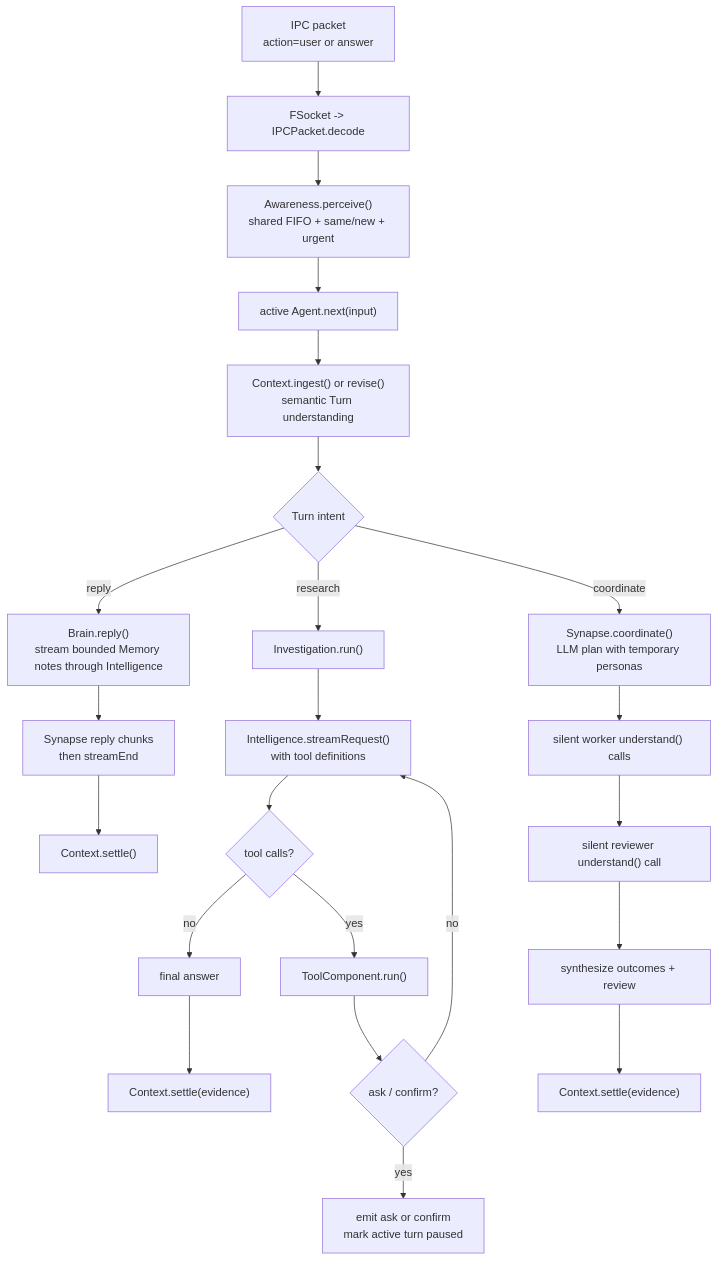
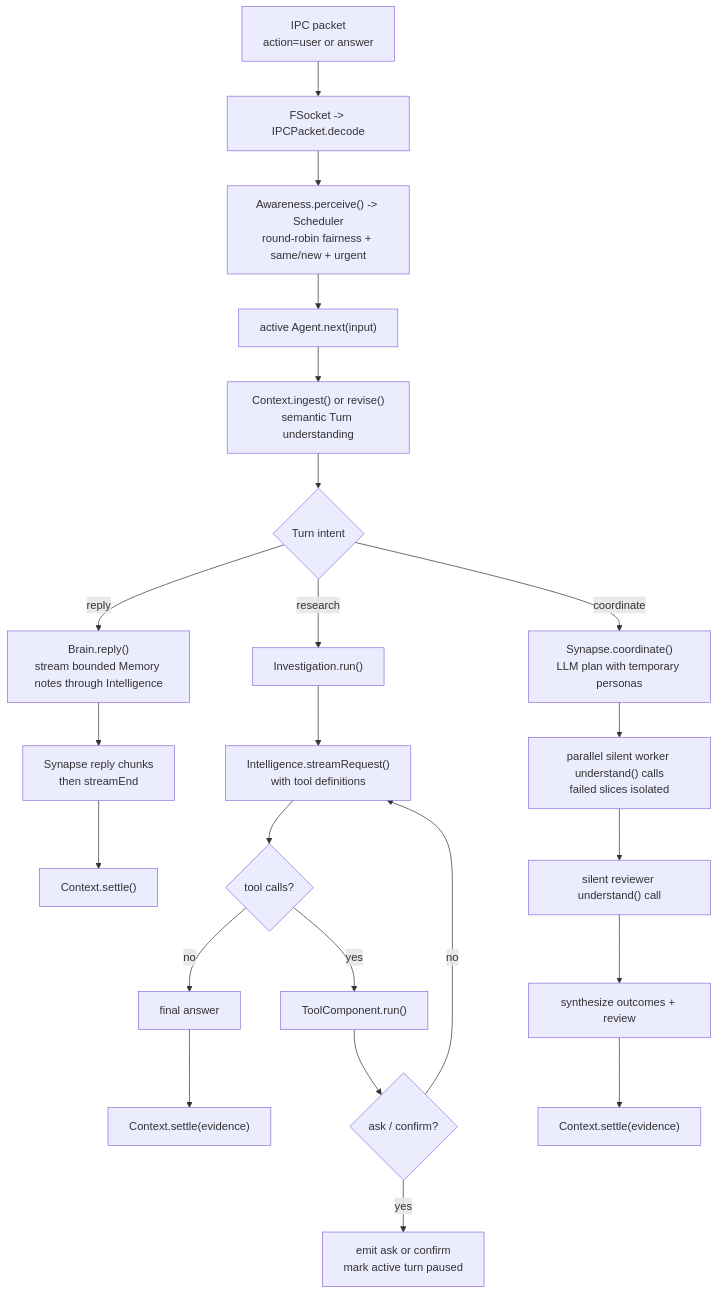
Before and after one commit to flyflor/flyflor: the third of 3 diagrams in README.md, drawn with Mermaid. The commit also changed other lines of this file and 34 other files, not shown here.

First line of the commit message:
refactor: unified intent routing, central-executive scheduler, parallel coordinate, session master context

````diff
--- a/README.md
+++ b/README.md
@@ -75,28 +76,28 @@
 ```mermaid
 flowchart TD
     User["IPC packet<br/>action=user or answer"] --> Decode["FSocket -> IPCPacket.decode"]
-    Decode --> Gate["Awareness.perceive()<br/>shared FIFO + same/new + urgent"]
+    Decode --> Gate["Awareness.perceive() -> Scheduler<br/>round-robin fairness + same/new + urgent"]
     Gate --> AgentNext["active Agent.next(input)"]
     AgentNext --> Ingest["Context.ingest() or revise()<br/>semantic Turn understanding"]
 
     Ingest --> Choice{"Turn intent"}
     Choice -- reply --> Reply["Brain.reply()<br/>stream bounded Memory notes through Intelligence"]
     Reply --> ReplyOut["Synapse reply chunks<br/>then streamEnd"]
     ReplyOut --> Settle1["Context.settle()"]
 
     Choice -- research --> Research["Investigation.run()"]
     Research --> LlmTools["Intelligence.streamRequest()<br/>with tool definitions"]
     LlmTools --> HasAction{"tool calls?"}
     HasAction -- no --> FinalAnswer["final answer"]
     HasAction -- yes --> RunTool["ToolComponent.run()"]
     RunTool --> Pause{"ask / confirm?"}
     Pause -- yes --> UserPause["emit ask or confirm<br/>mark active turn paused"]
     Pause -- no --> LlmTools
     FinalAnswer --> Settle2["Context.settle(evidence)"]
 
     Choice -- coordinate --> Coordinate["Synapse.coordinate()<br/>LLM plan with temporary personas"]
-    Coordinate --> Workers["silent worker understand() calls"]
+    Coordinate --> Workers["parallel silent worker understand() calls<br/>failed slices isolated"]
     Workers --> Review["silent reviewer understand() call"]
     Review --> Synthesis["synthesize outcomes + review"]
     Synthesis --> Settle4["Context.settle(evidence)"]
 ```
````
